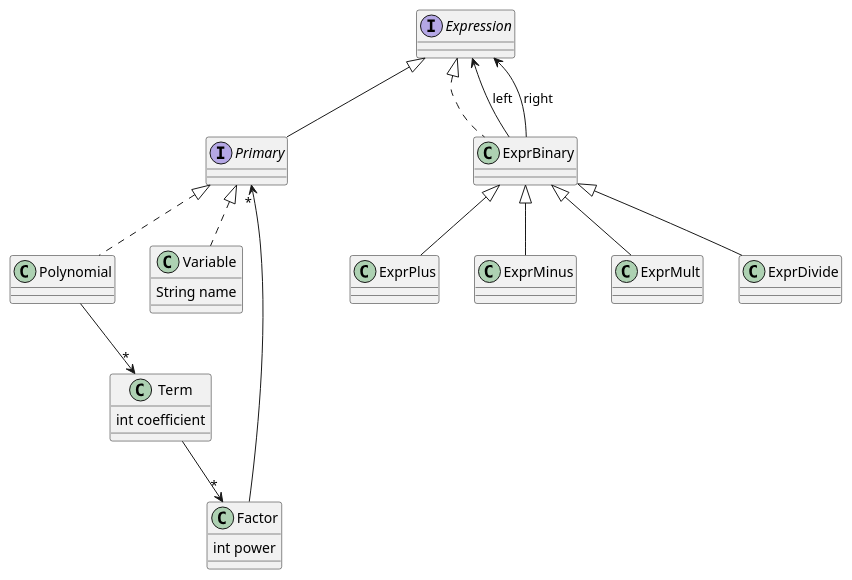
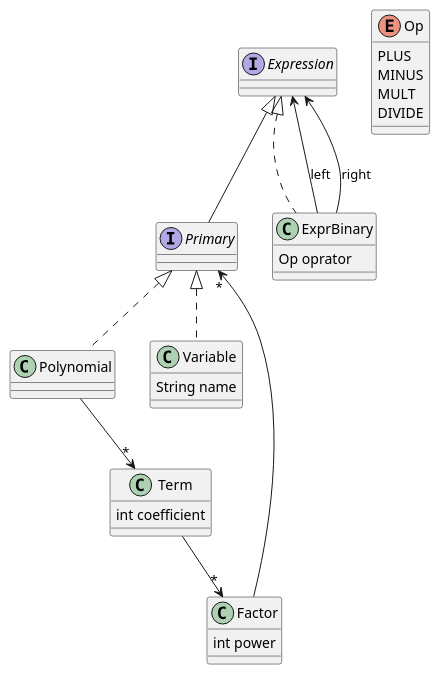
One commit to saka1029/form changed the diagram in doc/classes.plantuml. Above: the diagram before and after it, drawn with PlantUML.

```diff
--- a/doc/classes.plantuml
+++ b/doc/classes.plantuml
@@ -1,32 +1,32 @@
 @startuml form
 interface Expression
-class ExprBinary
-class ExprPlus
-class ExprMinus
-class ExprMult
-class ExprDivide
+enum Op {
+    PLUS
+    MINUS
+    MULT
+    DIVIDE
+}
+class ExprBinary {
+    Op oprator
+}
 interface Primary
 class Polynomial
 class Term {
     int coefficient
 }
 class Factor {
     int power
 }
 class Variable {
     String name
 }
 ExprBinary .up.|> Expression
-ExprPlus -up-|> ExprBinary
-ExprMinus -up-|> ExprBinary
-ExprMult -up-|> ExprBinary
-ExprDivide -up-|> ExprBinary
 Primary -up-|> Expression
 Polynomial .up.|> Primary
 Variable .up.|> Primary
 ExprBinary --> Expression : left
 ExprBinary --> Expression : right
 Polynomial --> "*" Term
 Term --> "*" Factor
 Factor -->  "*"Primary
 @enduml
```
